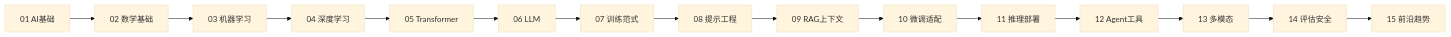
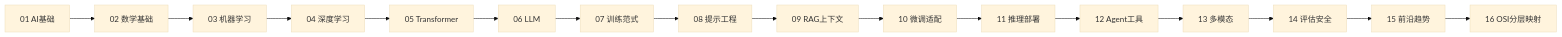
The diagram in posts/AI/AI知识库/README.md (tclxtommy-hu/tclxtommy-hu.github.io), drawn with Mermaid (base theme) before and after one commit. The commit also changed other lines of this file and 15 other files, not shown here.

````diff
--- a/posts/AI/AI知识库/README.md
+++ b/posts/AI/AI知识库/README.md
@@ -11,17 +11,18 @@
 ```mermaid
 flowchart LR
     A[01 AI基础] --> B[02 数学基础]
     B --> C[03 机器学习]
     C --> D[04 深度学习]
     D --> E[05 Transformer]
     E --> F[06 LLM]
     F --> G[07 训练范式]
     G --> H[08 提示工程]
     H --> I[09 RAG上下文]
     I --> J[10 微调适配]
     J --> K[11 推理部署]
     K --> L[12 Agent工具]
     L --> M[13 多模态]
     M --> N[14 评估安全]
     N --> O[15 前沿趋势]
+    O --> P[16 OSI分层映射]
 ```
````
